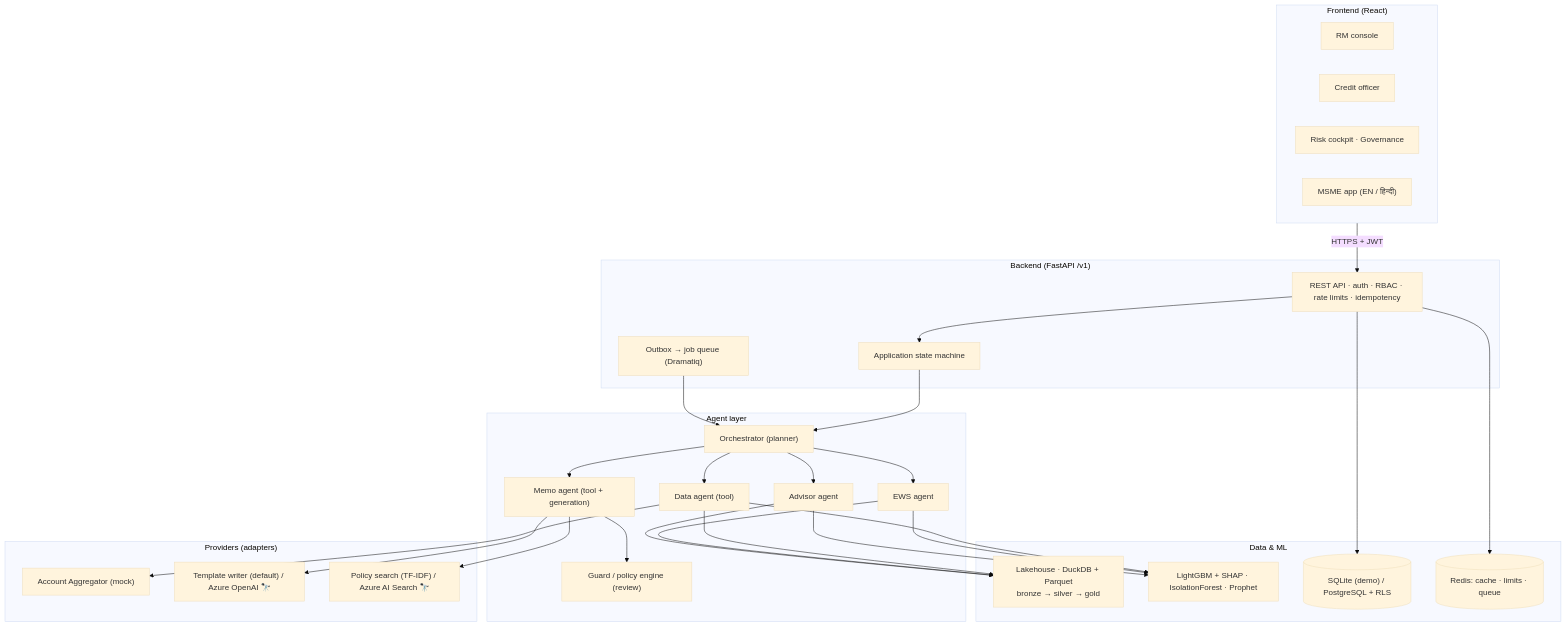
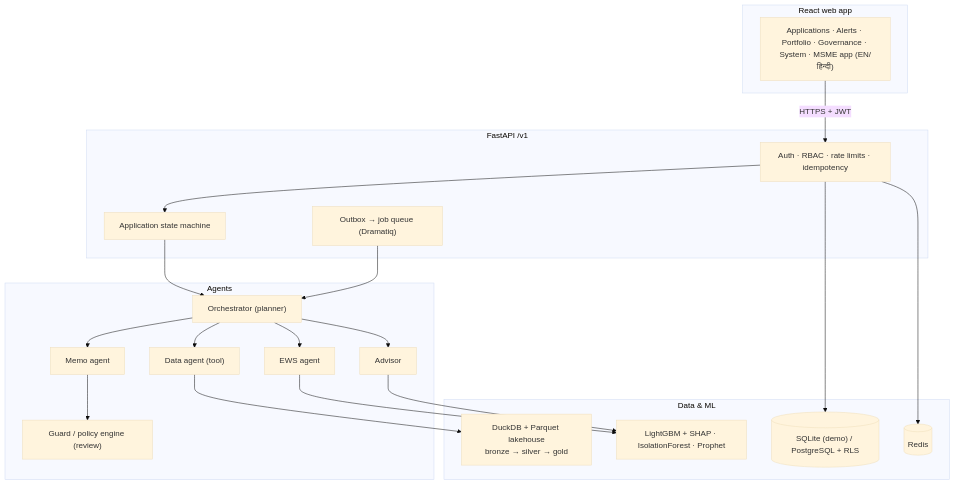
One commit to yugh88/UdyamPulse changed the second of 2 diagrams in README.md. Above: the diagram before and after it, drawn with Mermaid (base theme). The commit also changed other lines of this file and 44 other files, not shown here.

````diff
--- a/README.md
+++ b/README.md
@@ -210,33 +126,24 @@
 ```mermaid
 flowchart TB
-    subgraph FE["Frontend (React)"]
-        RM["RM console"]; CO["Credit officer"]; RK["Risk cockpit · Governance"]; MS["MSME app (EN / हिन्दी)"]
+    subgraph FE["React web app"]
+        UI["Applications · Alerts · Portfolio · Governance · System · MSME app (EN/हिन्दी)"]
     end
-    subgraph BE["Backend (FastAPI /v1)"]
-        API["REST API · auth · RBAC · rate limits · idempotency"]
-        SM["Application state machine"]
+    subgraph BE["FastAPI /v1"]
+        API["Auth · RBAC · rate limits · idempotency"] --> SM["Application state machine"]
         Q["Outbox → job queue (Dramatiq)"]
     end
-    subgraph AG["Agent layer"]
-        OR["Orchestrator (planner)"]; DA["Data agent (tool)"]; ME["Memo agent (tool + generation)"]
-        GU["Guard / policy engine (review)"]; EW["EWS agent"]; AD["Advisor agent"]
+    subgraph AG["Agents"]
+        OR["Orchestrator (planner)"] --> DA["Data agent (tool)"] & ME["Memo agent"] & EW["EWS agent"] & AD["Advisor"]
+        ME --> GU["Guard / policy engine (review)"]
     end
     subgraph DM["Data & ML"]
-        LK["Lakehouse · DuckDB + Parquet<br/>bronze → silver → gold"]
-        ML["LightGBM + SHAP · IsolationForest · Prophet"]
-        DB[("SQLite (demo) / PostgreSQL + RLS")]
-        RD[("Redis: cache · limits · queue")]
+        LK["DuckDB + Parquet lakehouse<br/>bronze → silver → gold"]; ML["LightGBM + SHAP · IsolationForest · Prophet"]
+        DB[("SQLite (demo) / PostgreSQL + RLS")]; RD[("Redis")]
     end
-    subgraph EXT["Providers (adapters)"]
-        AA["Account Aggregator (mock)"]; LLM["Template writer (default) / Azure OpenAI 🔭"]
-        SRCH["Policy search (TF-IDF) / Azure AI Search 🔭"]
-    end
-    FE -->|HTTPS + JWT| API --> SM --> OR
-    OR --> DA & ME & EW & AD
-    ME --> GU
-    DA --> AA
-    ME --> LLM & SRCH
-    DA & EW & AD --> LK & ML
+    UI -->|HTTPS + JWT| API
+    SM --> OR
+    DA --> LK
+    EW & AD --> ML
     API --> DB & RD
     Q --> OR
 ```
````
